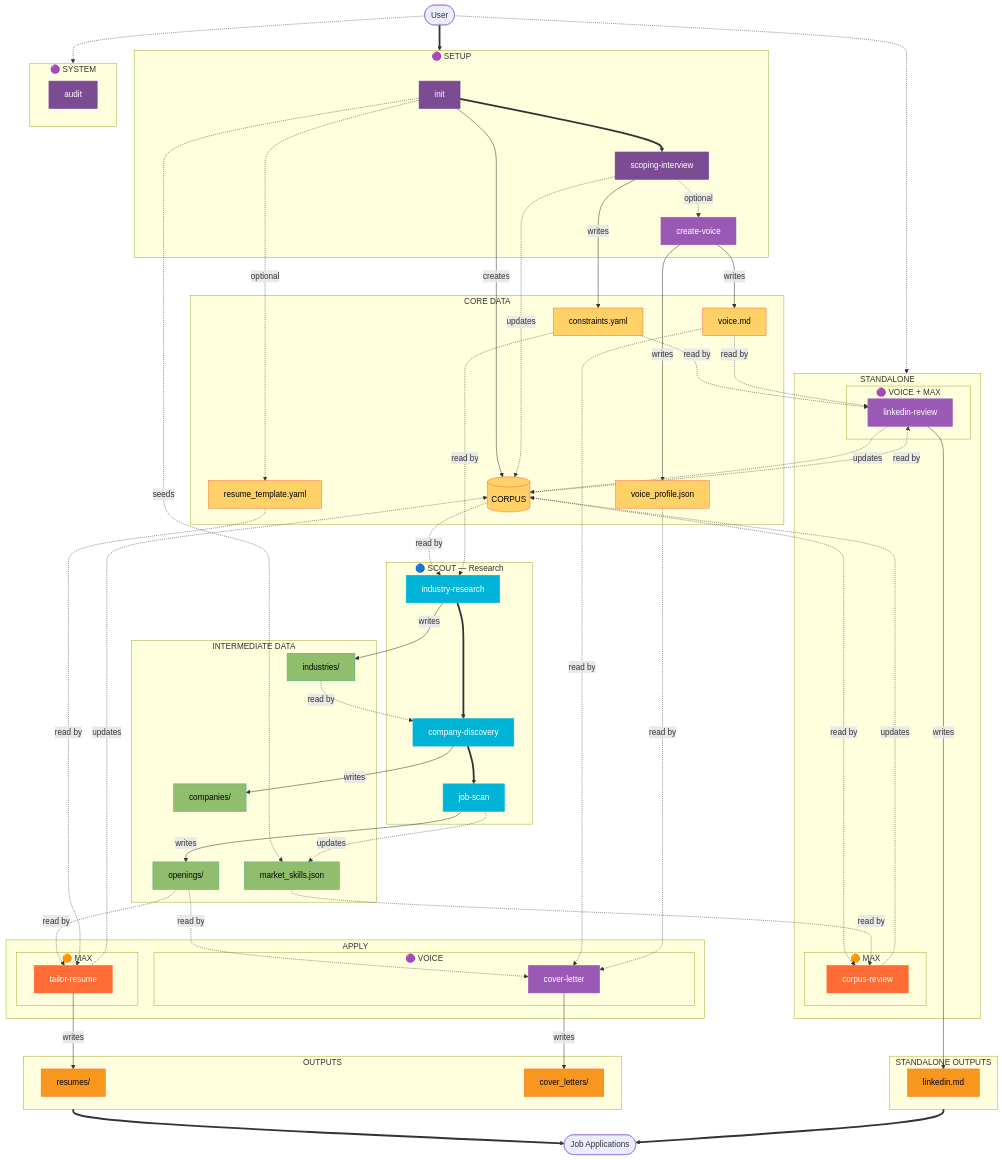
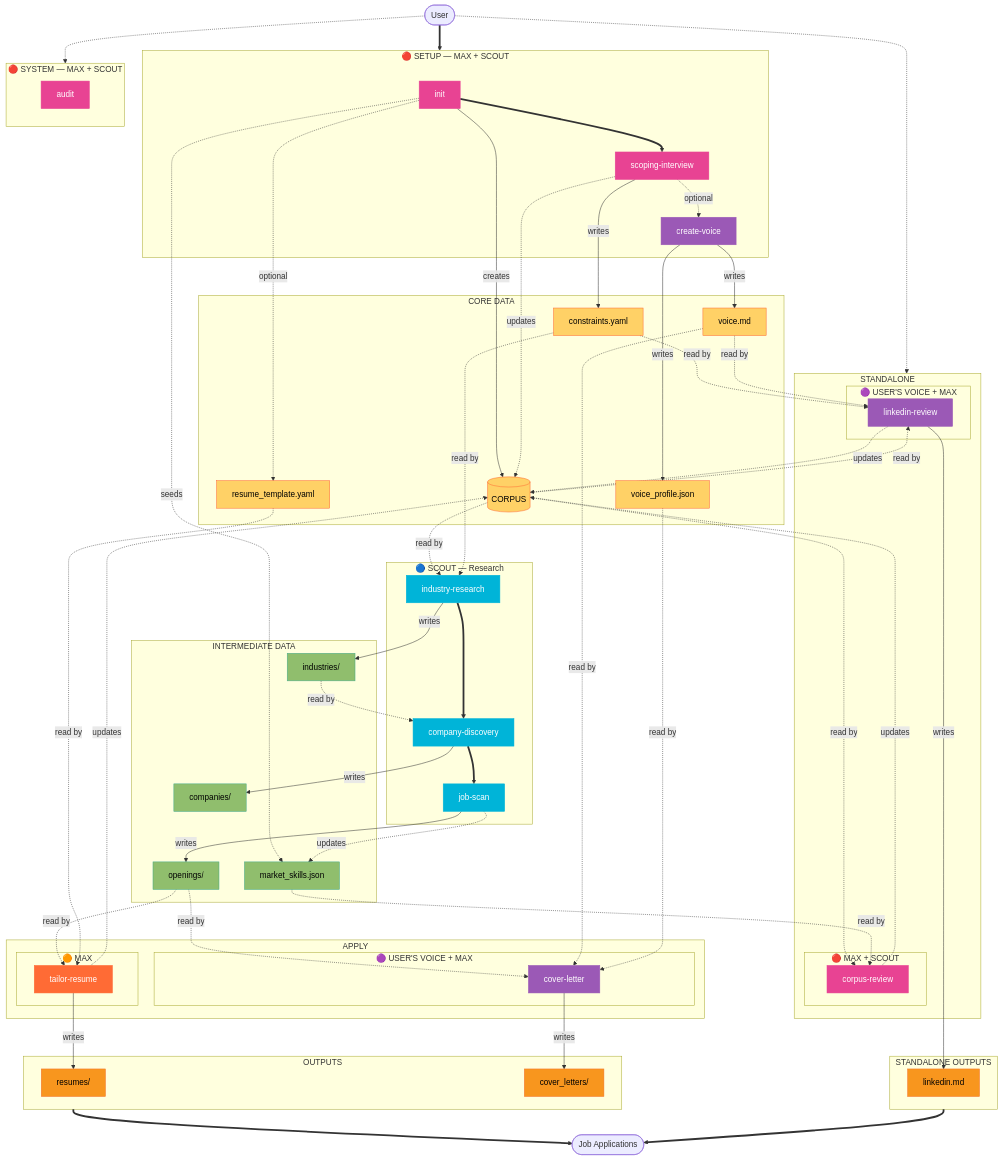
The diagram in README.md (shindo107/job-coach-and-scout), drawn with Mermaid before and after one commit. The commit also changed other lines of this file and 1 other file, not shown here.

First line of the commit message:
docs: Update README with Voice Agent and fix diagram colors

```diff
--- a/README.md
+++ b/README.md
@@ -200,7 +225,7 @@
     classDef maxStyle fill:#ff6b35,stroke:#ff6b35,color:#fff
     classDef scoutStyle fill:#00b4d8,stroke:#00b4d8,color:#fff
     classDef voiceStyle fill:#9b59b6,stroke:#9b59b6,color:#fff
-    classDef dualStyle fill:#7b4b94,stroke:#7b4b94,color:#fff
+    classDef dualStyle fill:#e84393,stroke:#e84393,color:#fff
     classDef coreData fill:#ffd166,stroke:#ff6b35,color:#000
     classDef intermediateData fill:#90be6d,stroke:#43aa8b,color:#000
     classDef outputData fill:#f8961e,stroke:#f3722c,color:#000
@@ -208,15 +233,15 @@
     %% ===== ENTRY =====
     USER([User])
 
-    %% ===== SETUP LANE (Purple) =====
-    subgraph SETUP["🟣 SETUP"]
+    %% ===== SETUP LANE (Blue - Dual Agent) =====
+    subgraph SETUP["🔴 SETUP — MAX + SCOUT"]
         init[init]
         init ==> scoping[scoping-interview]
         scoping -.->|optional| create_voice[create-voice]
     end
 
-    %% ===== SYSTEM (Standalone) =====
-    subgraph SYSTEM["🟣 SYSTEM"]
+    %% ===== SYSTEM (Standalone - Dual Agent) =====
+    subgraph SYSTEM["🔴 SYSTEM — MAX + SCOUT"]
         audit[audit]
     end
 
@@ -249,7 +274,7 @@
         subgraph MAX_APPLY["🟠 MAX"]
             tailor[tailor-resume]
         end
-        subgraph VOICE_APPLY["🟣 VOICE"]
+        subgraph VOICE_APPLY["🟣 USER'S VOICE + MAX"]
             cover[cover-letter]
         end
     end
@@ -262,10 +287,10 @@
 
     %% ===== STANDALONE LANE =====
     subgraph STANDALONE["STANDALONE"]
-        subgraph MAX_STANDALONE["🟠 MAX"]
+        subgraph DUAL_STANDALONE["🔴 MAX + SCOUT"]
             corpus_rev[corpus-review]
         end
-        subgraph VOICE_STANDALONE["🟣 VOICE + MAX"]
+        subgraph VOICE_STANDALONE["🟣 USER'S VOICE + MAX"]
             linkedin[linkedin-review]
         end
     end
@@ -324,8 +349,8 @@
     STANDALONE_OUT ==> OUTPUT
 
     %% ===== APPLY STYLES =====
-    class tailor,corpus_rev maxStyle
-    class init,scoping,audit dualStyle
+    class tailor maxStyle
+    class init,scoping,audit,corpus_rev dualStyle
     class industry,company,jobscan scoutStyle
     class cover,linkedin,create_voice voiceStyle
     class CORPUS,constraints,voice_profile,voice_agent,resume_template coreData
```
